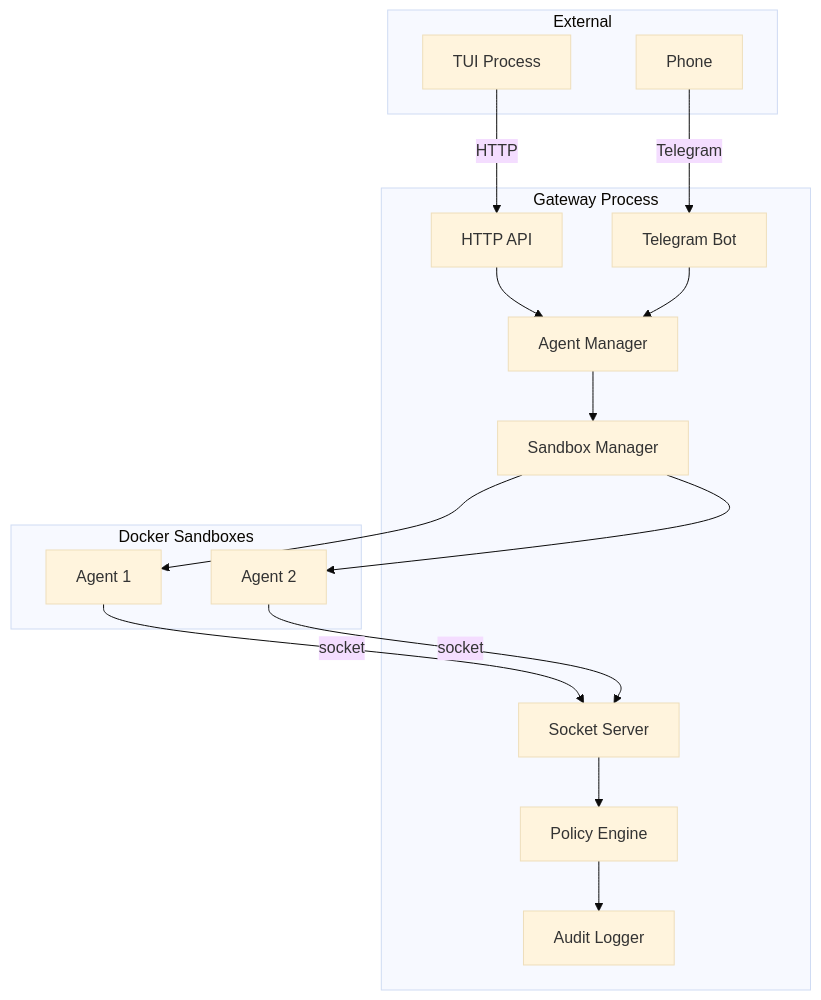
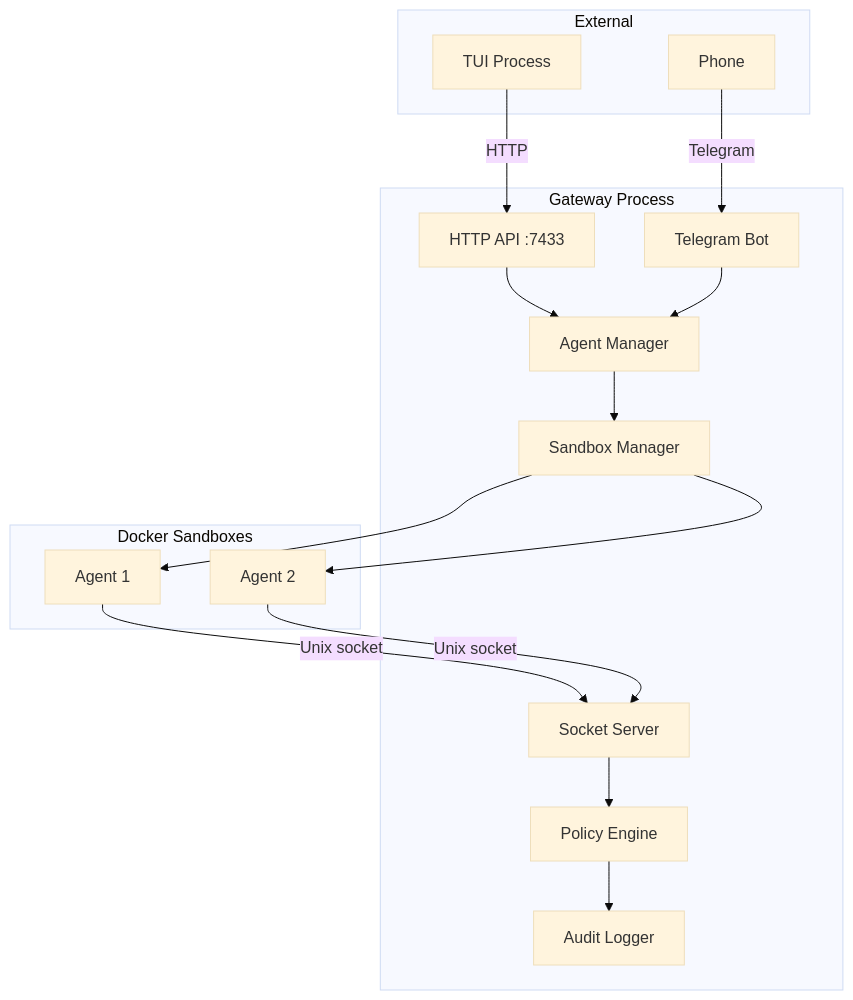
The diagram in docs/gateway/index.mdx (matthias-hausberger/beige), drawn with Mermaid (base theme) before and after one commit. The commit also changed other lines of this file and 16 other files, not shown here.

````diff
--- a/docs/gateway/index.mdx
+++ b/docs/gateway/index.mdx
@@ -18,35 +8,35 @@
 ```mermaid
 graph TB
     subgraph "Gateway Process"
         AM[Agent Manager]
         SM[Sandbox Manager]
         SS[Socket Server]
         PE[Policy Engine]
         AL[Audit Logger]
-        API[HTTP API]
+        API[HTTP API :7433]
         TG[Telegram Bot]
     end
-    
+
     subgraph "Docker Sandboxes"
         SB1[Agent 1]
         SB2[Agent 2]
     end
-    
+
     subgraph "External"
         TUI[TUI Process]
         PHONE[Phone]
     end
-    
+
     AM --> SM
     SM --> SB1
     SM --> SB2
-    SB1 -->|socket| SS
-    SB2 -->|socket| SS
+    SB1 -->|Unix socket| SS
+    SB2 -->|Unix socket| SS
     SS --> PE
     PE --> AL
-    
+
     TUI -->|HTTP| API
     PHONE -->|Telegram| TG
     API --> AM
     TG --> AM
 ```
````
